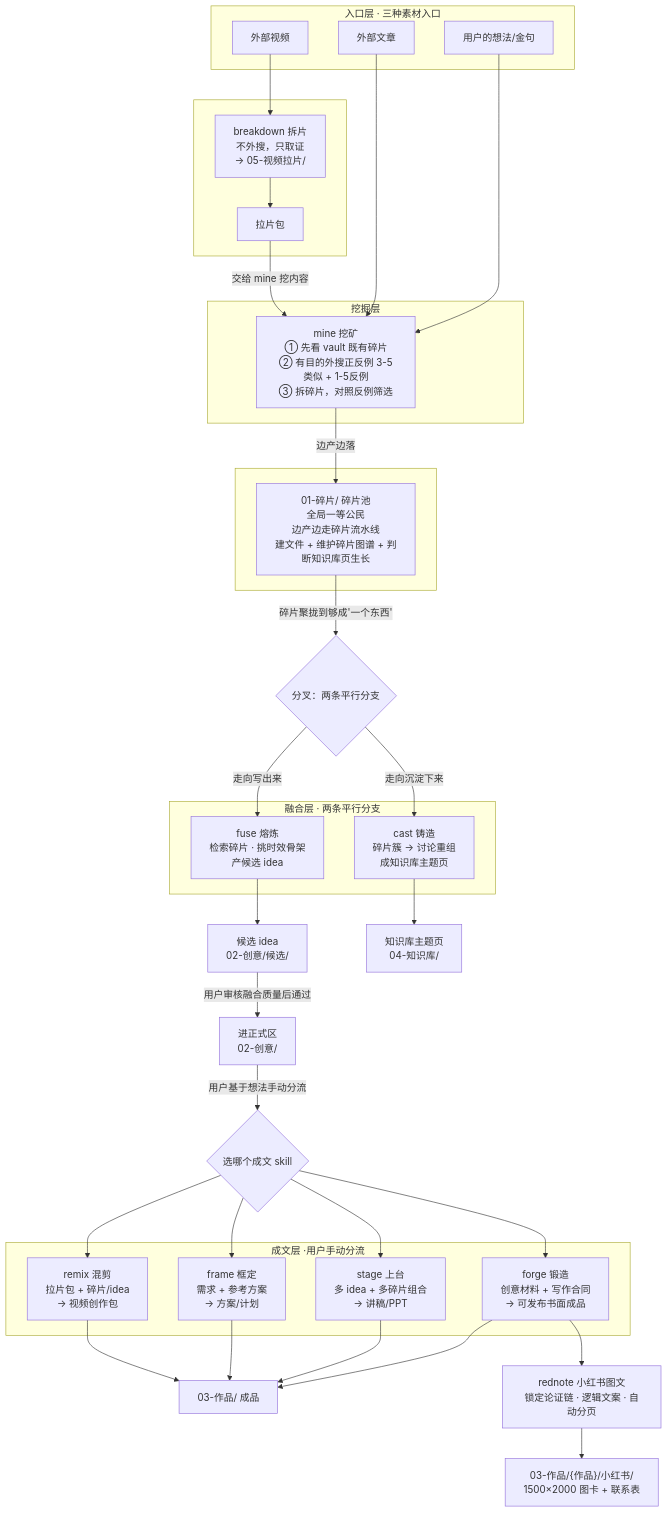
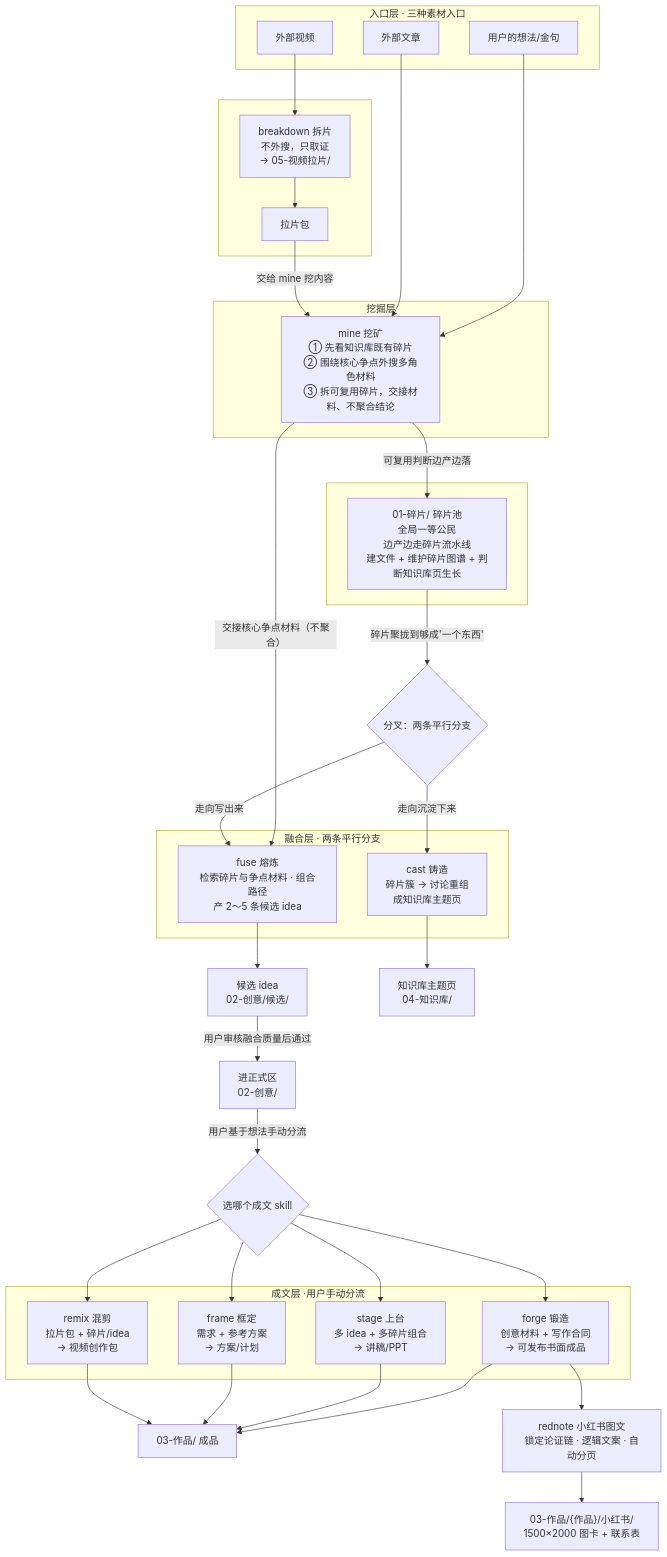
One commit to ssdiwu/507-skills changed the diagram in write/README.md. Above: the diagram before and after it, drawn with Mermaid. The commit also changed other lines of this file and 4 other files, not shown here.

````diff
--- a/write/README.md
+++ b/write/README.md
@@ -185,65 +186,66 @@
 ```mermaid
 flowchart TD
     %% 入口层
     subgraph 入口层[入口层 · 三种素材入口]
         idea[用户的想法/金句]
         article[外部文章]
         video[外部视频]
     end
 
     video --> breakdown
     subgraph 拆片[ ]
         breakdown["breakdown 拆片<br/>不外搜，只取证<br/>→ 05-视频拉片/"]
         拉片包[拉片包]
     end
     breakdown --> 拉片包
 
     idea --> mine
     article --> mine
     拉片包 -->|交给 mine 挖内容| mine
 
     subgraph 挖掘层[挖掘层]
-        mine["mine 挖矿<br/>① 先看 vault 既有碎片<br/>② 有目的外搜正反例 3-5类似 + 1-5反例<br/>③ 拆碎片，对照反例筛选"]
+        mine["mine 挖矿<br/>① 先看知识库既有碎片<br/>② 围绕核心争点外搜多角色材料<br/>③ 拆可复用碎片，交接材料、不聚合结论"]
     end
 
-    mine -->|边产边落| 碎片池
+    mine -->|可复用判断边产边落| 碎片池
+    mine -->|交接核心争点材料（不聚合）| fuse
     subgraph 汇合[ ]
         碎片池["01-碎片/ 碎片池<br/>全局一等公民<br/>边产边走碎片流水线<br/>建文件 + 维护碎片图谱 + 判断知识库页生长"]
     end
 
     碎片池 -->|碎片聚拢到够成'一个东西'| 分叉{分叉：两条平行分支}
 
     分叉 -->|走向写出来| fuse
     分叉 -->|走向沉淀下来| cast
 
     subgraph 融合层[融合层 · 两条平行分支]
-        fuse["fuse 熔炼<br/>检索碎片 · 挑时效骨架<br/>产候选 idea"]
+        fuse["fuse 熔炼<br/>检索碎片与争点材料 · 组合路径<br/>产 2～5 条候选 idea"]
         cast["cast 铸造<br/>碎片簇 → 讨论重组<br/>成知识库主题页"]
     end
 
     fuse --> 候选idea["候选 idea<br/>02-创意/候选/"]
     cast --> 知识库页["知识库主题页<br/>04-知识库/"]
 
     候选idea -->|用户审核融合质量后通过| 正式区["进正式区<br/>02-创意/"]
 
     正式区 -->|用户基于想法手动分流| 分流{选哪个成文 skill}
 
     subgraph 成文层[成文层 ·用户手动分流]
         forge["forge 锻造<br/>创意材料 + 写作合同<br/>→ 可发布书面成品"]
         stage["stage 上台<br/>多 idea + 多碎片组合<br/>→ 讲稿/PPT"]
         frame["frame 框定<br/>需求 + 参考方案<br/>→ 方案/计划"]
         remix["remix 混剪<br/>拉片包 + 碎片/idea<br/>→ 视频创作包"]
     end
 
     分流 --> forge
     分流 --> stage
     分流 --> frame
     分流 --> remix
 
     forge --> 成品["03-作品/ 成品"]
     forge --> rednote["rednote 小红书图文<br/>锁定论证链 · 逻辑文案 · 自动分页"]
     rednote --> 小红书成品["03-作品/{作品}/小红书/<br/>1500×2000 图卡 + 联系表"]
     stage --> 成品
     frame --> 成品
     remix --> 成品
 ```
````
